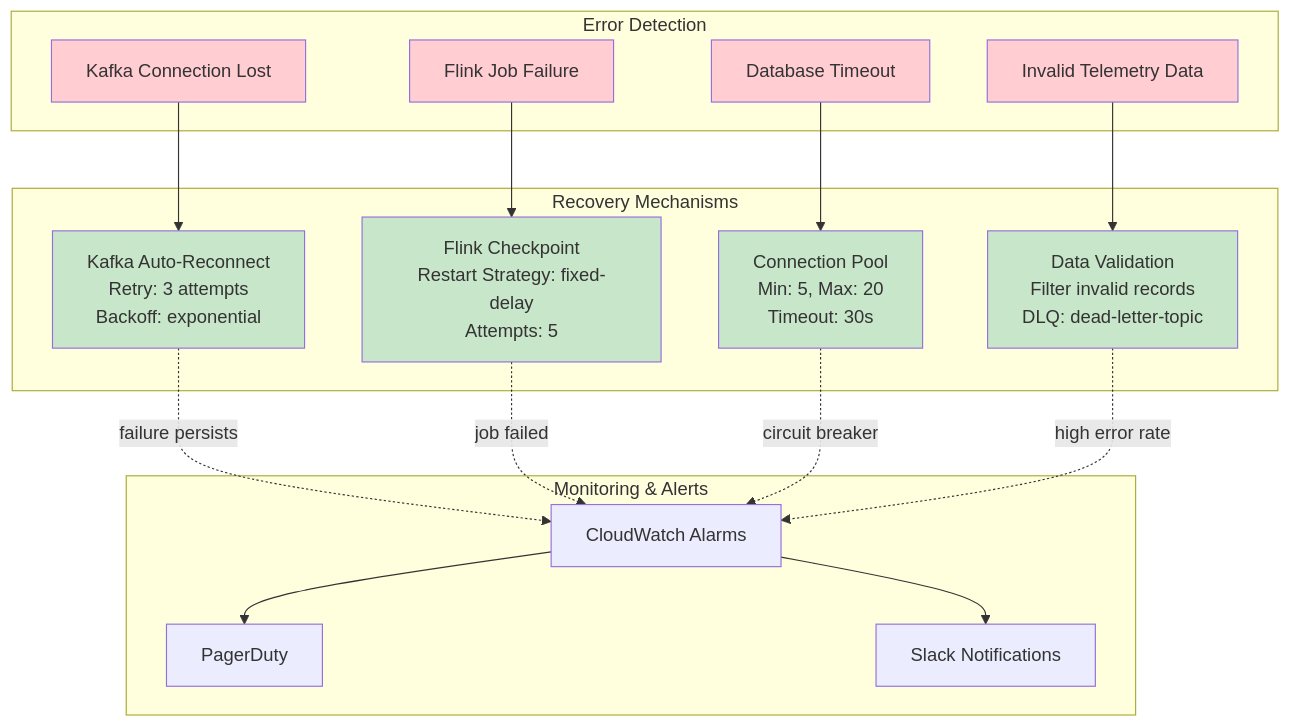
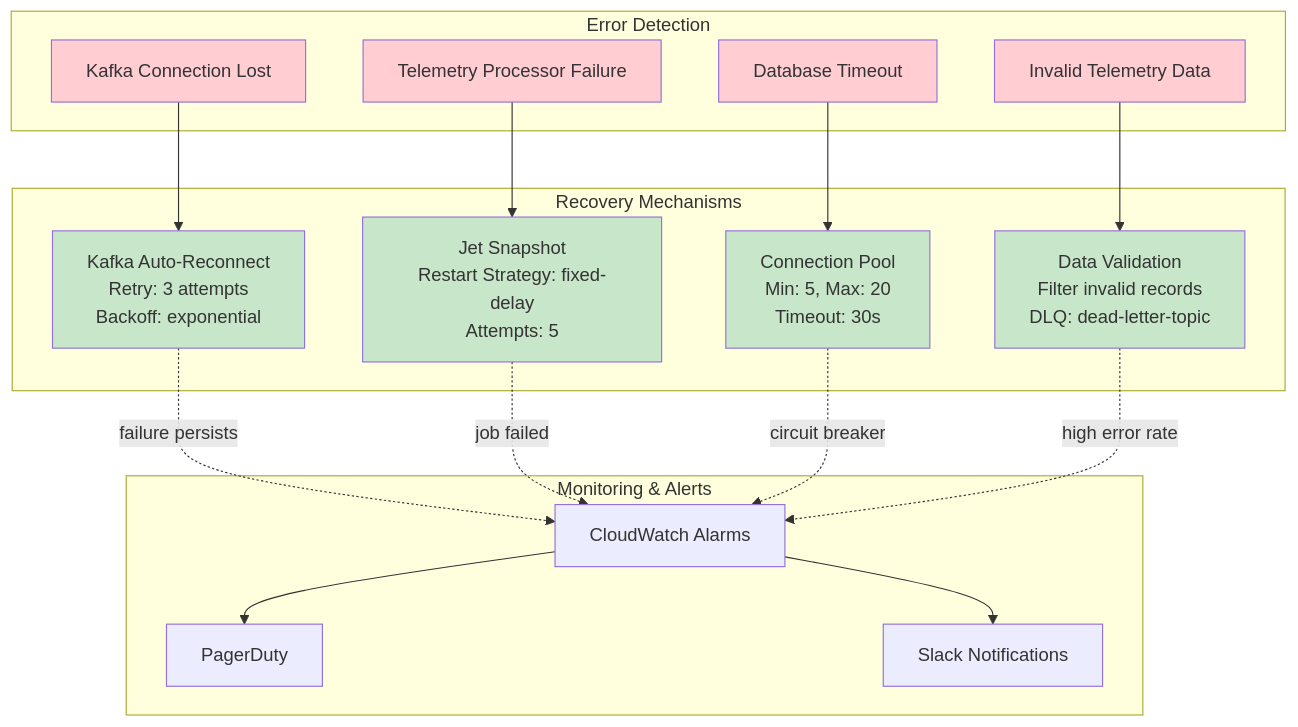
Before and after one commit to Shallako/ShuzAHS: diagram 18 of 18 in DIAGRAMS.md, drawn with Mermaid. The commit also changed other lines of this file and 3 other files, not shown here.

Commit message:
Migrate stream processing from Flink to Hazelcast Jet (embedded), update associated documentation, diagrams, and pipeline references, and remove outdated Flink-specific configurations and scripts.

````diff
--- a/DIAGRAMS.md
+++ b/DIAGRAMS.md
@@ -1108,44 +1101,44 @@
 ```mermaid
 graph TB
     subgraph "Error Detection"
         E1[Kafka Connection Lost]
-        E2[Flink Job Failure]
+        E2[Telemetry Processor Failure]
         E3[Database Timeout]
         E4[Invalid Telemetry Data]
     end
     
     subgraph "Recovery Mechanisms"
         R1[Kafka Auto-Reconnect<br/>Retry: 3 attempts<br/>Backoff: exponential]
-        R2[Flink Checkpoint<br/>Restart Strategy: fixed-delay<br/>Attempts: 5]
+        R2[Jet Snapshot<br/>Restart Strategy: fixed-delay<br/>Attempts: 5]
         R3[Connection Pool<br/>Min: 5, Max: 20<br/>Timeout: 30s]
         R4[Data Validation<br/>Filter invalid records<br/>DLQ: dead-letter-topic]
     end
     
     subgraph "Monitoring & Alerts"
         M1[CloudWatch Alarms]
         M2[PagerDuty]
         M3[Slack Notifications]
     end
     
     E1 --> R1
     E2 --> R2
     E3 --> R3
     E4 --> R4
     
     R1 -.->|failure persists| M1
     R2 -.->|job failed| M1
     R3 -.->|circuit breaker| M1
     R4 -.->|high error rate| M1
     
     M1 --> M2
     M1 --> M3
     
     style E1 fill:#ffcdd2
     style E2 fill:#ffcdd2
     style E3 fill:#ffcdd2
     style E4 fill:#ffcdd2
     style R1 fill:#c8e6c9
     style R2 fill:#c8e6c9
     style R3 fill:#c8e6c9
     style R4 fill:#c8e6c9
 ```
````
